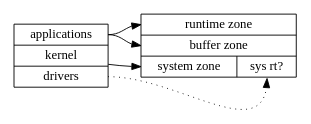
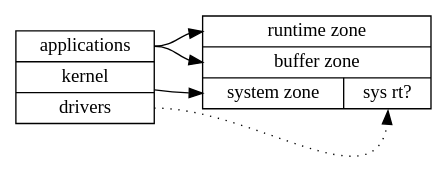
The diagram in developer_guides/firmware/images/memory-zones.dot (thesofproject/sof-docs), drawn with Graphviz before and after one commit. The commit also changed 2 other files, not shown here.

Commit message:
Adjust size in memory management dot files to render properly

```diff
--- a/developer_guides/firmware/images/memory-zones.dot
+++ b/developer_guides/firmware/images/memory-zones.dot
@@ -1,19 +1,19 @@
 digraph memory_zones {
    compound = true;
    node [shape = record];
    rankdir = LR;
-   size=3;
+   size=5;
 
    clients [label = "<apps>applications
                      |<sys>kernel
                      |<drv>drivers"];
 
    zones [label = "<rt>runtime zone
                   |<buf>buffer zone
                   |{<sys>system zone |<sys_rt>sys rt?}"];
 
    clients:apps -> zones:rt;
    clients:apps -> zones:buf;
    clients:kernel -> zones:sys;
    clients:drv -> zones:sys_rt [style = dotted];
 }
```
